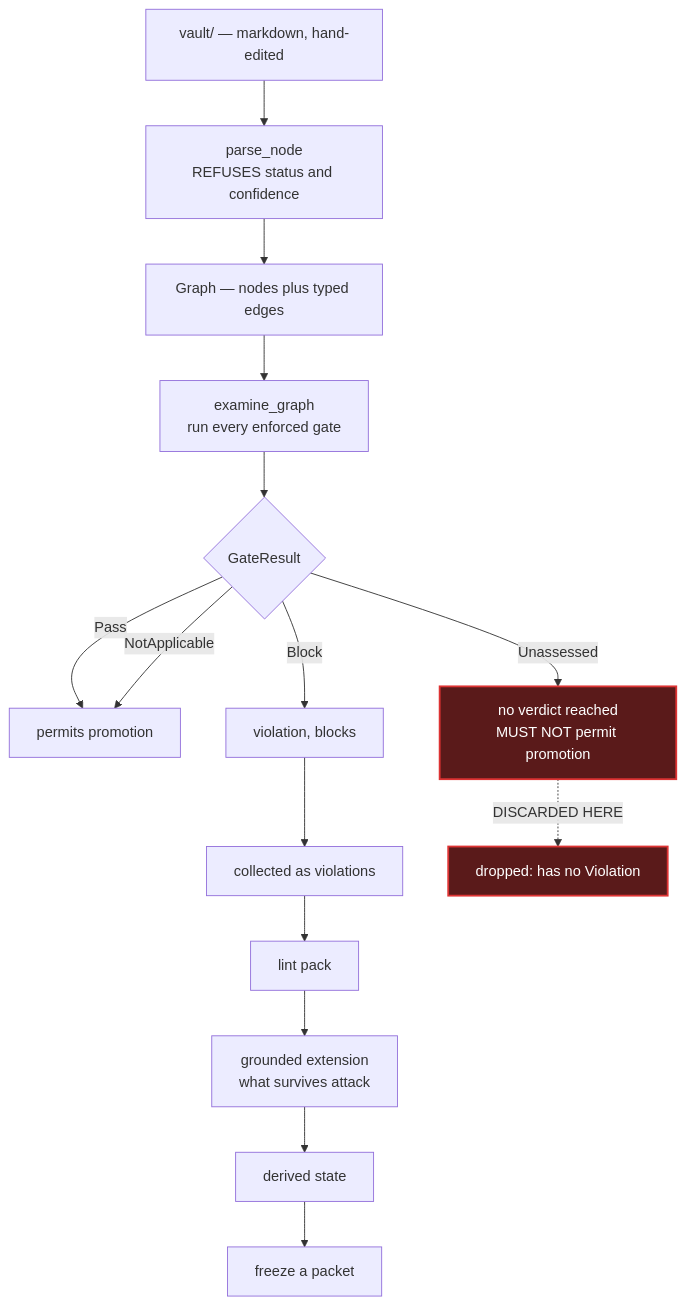
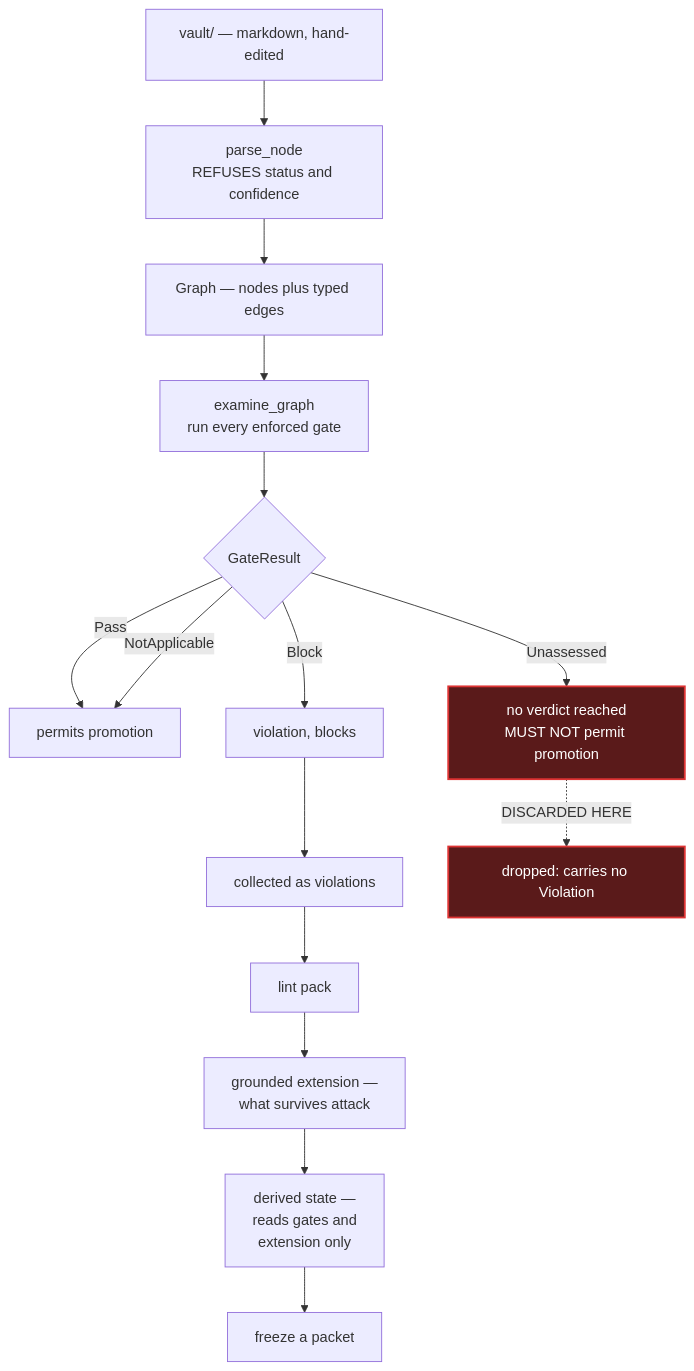
One commit to SecurityRonin/peira changed the fifth of 7 diagrams in docs/architecture.md. Above: the diagram before and after it, drawn with Mermaid. The commit also changed other lines of this file and 4 other files, not shown here.

````diff
--- a/docs/architecture.md
+++ b/docs/architecture.md
@@ -106,23 +222,23 @@
 ```mermaid
 flowchart TB
     V["vault/ — markdown, hand-edited"] --> P["parse_node<br/>REFUSES status and confidence"]
     P --> G["Graph — nodes plus typed edges"]
     G --> E["examine_graph<br/>run every enforced gate"]
     E --> R{"GateResult"}
-    R -->|Pass| OK["permits promotion"]
-    R -->|NotApplicable| OK
-    R -->|Block| BL["violation, blocks"]
-    R -->|Unassessed| UN["no verdict reached<br/>MUST NOT permit promotion"]
+    R -->|"Pass"| OK["permits promotion"]
+    R -->|"NotApplicable"| OK
+    R -->|"Block"| BL["violation, blocks"]
+    R -->|"Unassessed"| UN["no verdict reached<br/>MUST NOT permit promotion"]
 
     BL --> AGG["collected as violations"]
-    UN -.->|"DISCARDED HERE"| X["dropped: has no Violation"]
+    UN -.->|"DISCARDED HERE"| X["dropped: carries no Violation"]
 
     AGG --> LN["lint pack"]
-    LN --> GE["grounded extension<br/>what survives attack"]
-    GE --> DS["derived state"]
+    LN --> GE["grounded extension —<br/>what survives attack"]
+    GE --> DS["derived state —<br/>reads gates and<br/>extension only"]
     DS --> FR["freeze a packet"]
 
     X:::broken
     UN:::broken
     classDef broken fill:#5a1a1a,stroke:#d33,color:#fff,stroke-width:2px
 ```
````
